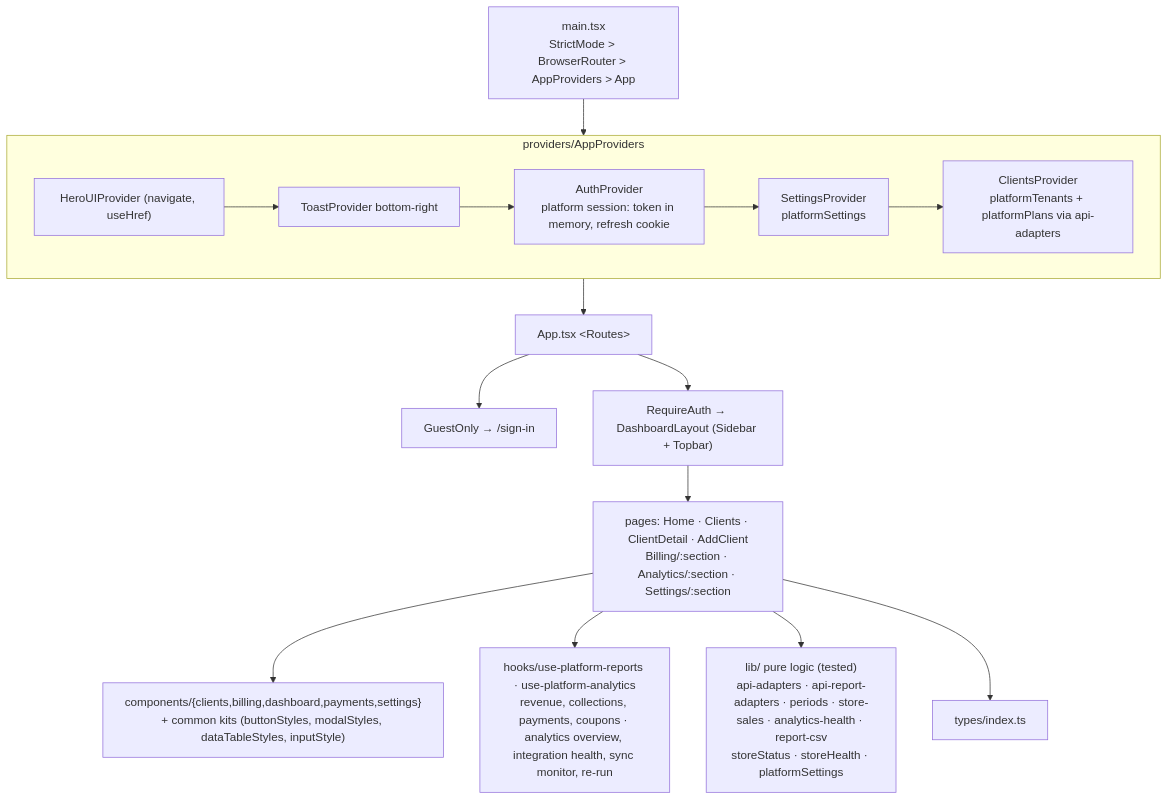
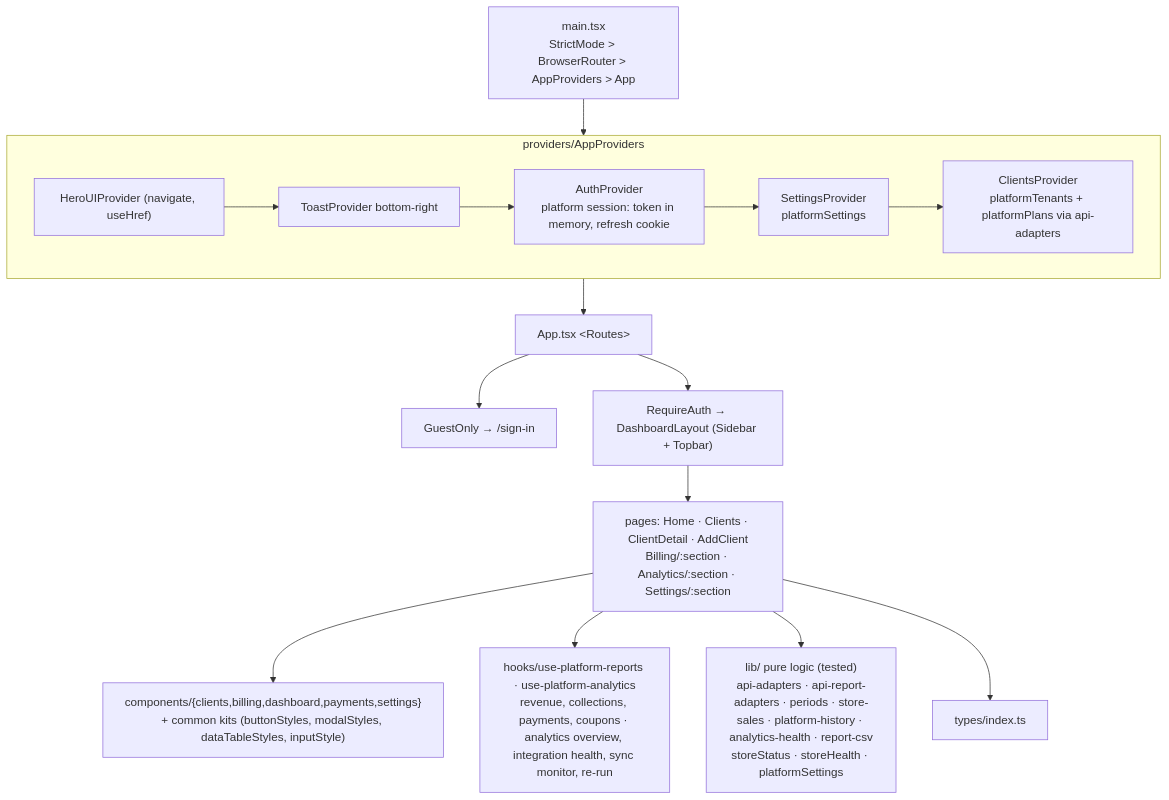
Before and after one commit to Zerror-Studios/Zcommerce-super-admin: the second of 6 diagrams in docs/architecture/solution-architecture.md, drawn with Mermaid. The commit also changed other lines of this file and 82 other files, not shown here.

````diff
--- a/docs/architecture/solution-architecture.md
+++ b/docs/architecture/solution-architecture.md
@@ -33,15 +33,15 @@
 ```mermaid
 flowchart TB
     MAIN["main.tsx<br/>StrictMode > BrowserRouter > AppProviders > App"] --> PROV
     subgraph PROV["providers/AppProviders"]
         HP["HeroUIProvider (navigate, useHref)"] --> TP["ToastProvider bottom-right"] --> AUP["AuthProvider<br/>platform session: token in memory, refresh cookie"] --> SP["SettingsProvider<br/>platformSettings"] --> CLP["ClientsProvider<br/>platformTenants + platformPlans via api-adapters"]
     end
     PROV --> APP["App.tsx &lt;Routes&gt;"]
     APP --> GO["GuestOnly → /sign-in"]
     APP --> RA["RequireAuth → DashboardLayout (Sidebar + Topbar)"]
     RA --> PG["pages: Home · Clients · ClientDetail · AddClient<br/>Billing/:section · Analytics/:section · Settings/:section"]
     PG --> CMP["components/{clients,billing,dashboard,payments,settings}<br/>+ common kits (buttonStyles, modalStyles, dataTableStyles, inputStyle)"]
     PG --> HK["hooks/use-platform-reports · use-platform-analytics<br/>revenue, collections, payments, coupons · analytics overview, integration health, sync monitor, re-run"]
-    PG --> LIB["lib/ pure logic (tested)<br/>api-adapters · api-report-adapters · periods · store-sales · analytics-health · report-csv<br/>storeStatus · storeHealth · platformSettings"]
+    PG --> LIB["lib/ pure logic (tested)<br/>api-adapters · api-report-adapters · periods · store-sales · platform-history · analytics-health · report-csv<br/>storeStatus · storeHealth · platformSettings"]
     PG --> TY["types/index.ts"]
 ```
````
